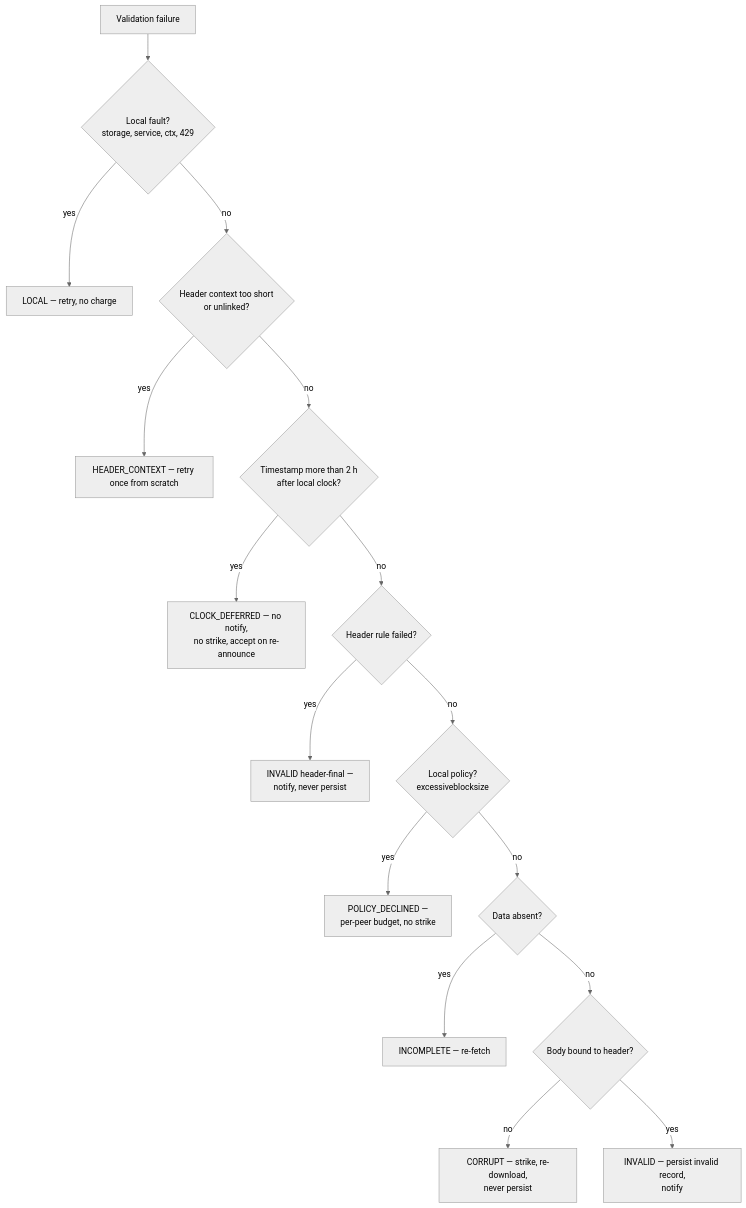
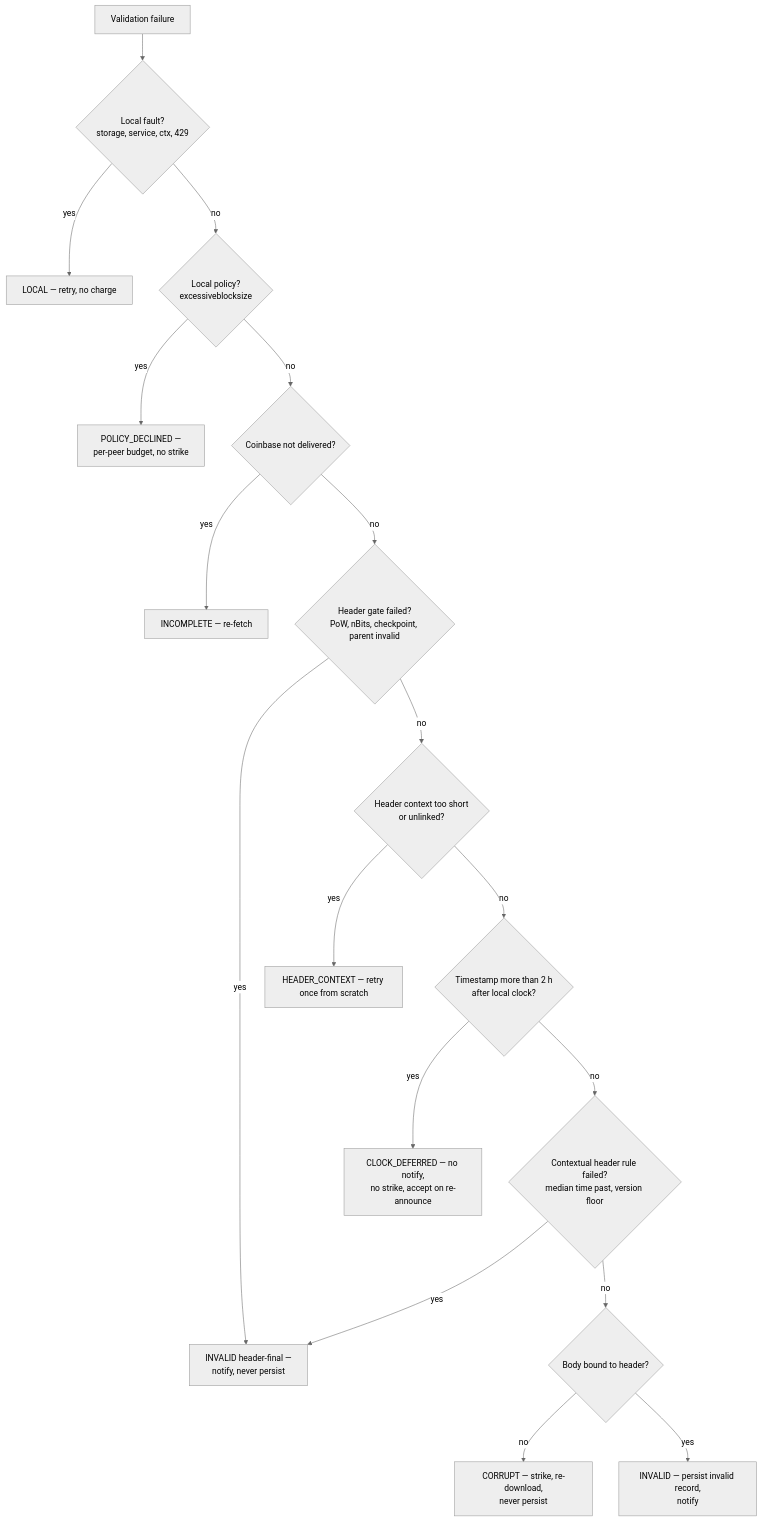
The fourth of 5 diagrams in services/blockvalidation/spec.md (bsv-blockchain/teranode), drawn with Mermaid (neutral theme) before and after one commit. The commit also changed other lines of this file and 1 other file, not shown here.

Commit message:
docs(spec): verdict flow in code order, BV-BODY ordering, real baseline commit
- The verdict classification flow now follows the order full validation
  runs its checks: excessiveblocksize and the missing-coinbase check
  first, then the header gates, then the checks inside block.Valid.
- BV-BODY-019..022 and their acceptance criteria move after BV-BODY-018.
- The Conformance Gaps baseline named a fork-only commit; it now names the
  main commit the references were taken from, and says line numbers are
  approximate.

````diff
--- a/services/blockvalidation/spec.md
+++ b/services/blockvalidation/spec.md
@@ -1049,18 +1051,20 @@
 ```mermaid
 flowchart TD
     A[Validation failure] --> B{Local fault?<br/>storage, service, ctx, 429}
     B -- yes --> LOCAL[LOCAL — retry, no charge]
-    B -- no --> C{Header context too short<br/>or unlinked?}
+    B -- no --> E{Local policy?<br/>excessiveblocksize}
+    E -- yes --> POL[POLICY_DECLINED —<br/>per-peer budget, no strike]
+    E -- no --> F{Coinbase not delivered?}
+    F -- yes --> INC[INCOMPLETE — re-fetch]
+    F -- no --> D{Header gate failed?<br/>PoW, nBits, checkpoint, parent invalid}
+    D -- yes --> HF[INVALID header-final —<br/>notify, never persist]
+    D -- no --> C{Header context too short<br/>or unlinked?}
     C -- yes --> HC[HEADER_CONTEXT — retry once from scratch]
     C -- no --> T{Timestamp more than 2 h<br/>after local clock?}
     T -- yes --> CD[CLOCK_DEFERRED — no notify,<br/>no strike, accept on re-announce]
-    T -- no --> D{Header rule failed?}
-    D -- yes --> HF[INVALID header-final —<br/>notify, never persist]
-    D -- no --> E{Local policy?<br/>excessiveblocksize}
-    E -- yes --> POL[POLICY_DECLINED —<br/>per-peer budget, no strike]
-    E -- no --> F{Data absent?}
-    F -- yes --> INC[INCOMPLETE — re-fetch]
-    F -- no --> G{Body bound to header?}
+    T -- no --> H{Contextual header rule failed?<br/>median time past, version floor}
+    H -- yes --> HF
+    H -- no --> G{Body bound to header?}
     G -- no --> COR[CORRUPT — strike, re-download,<br/>never persist]
     G -- yes --> INV[INVALID — persist invalid record,<br/>notify]
 ```
````
